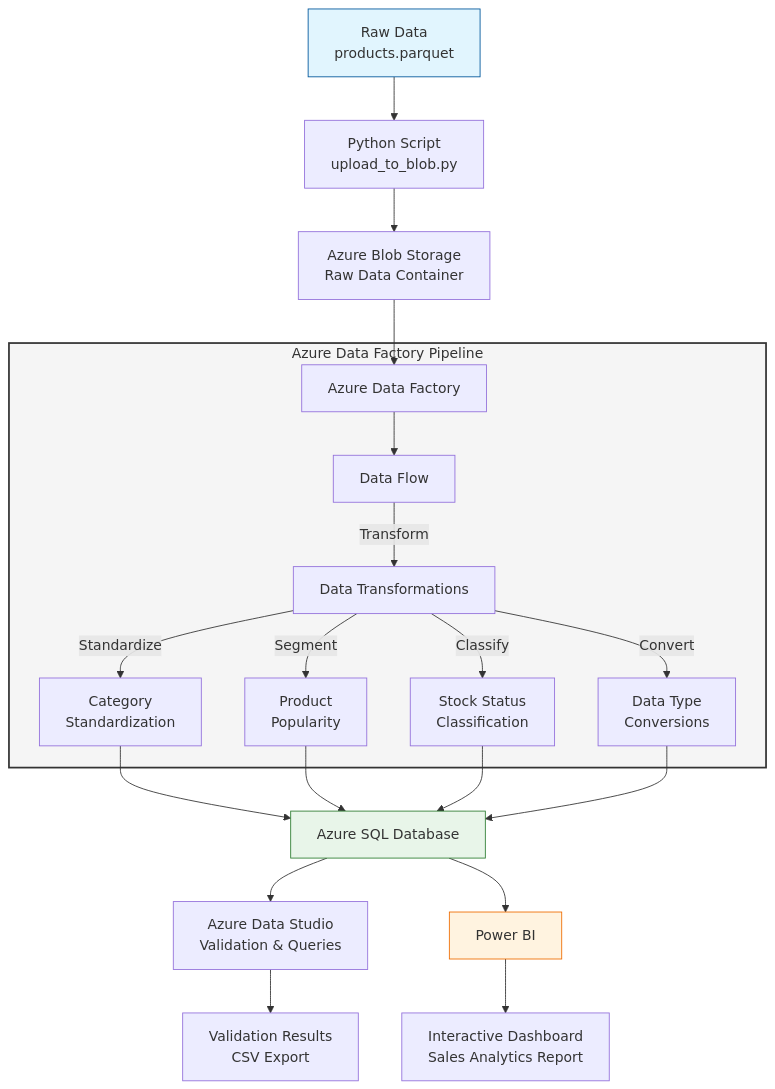
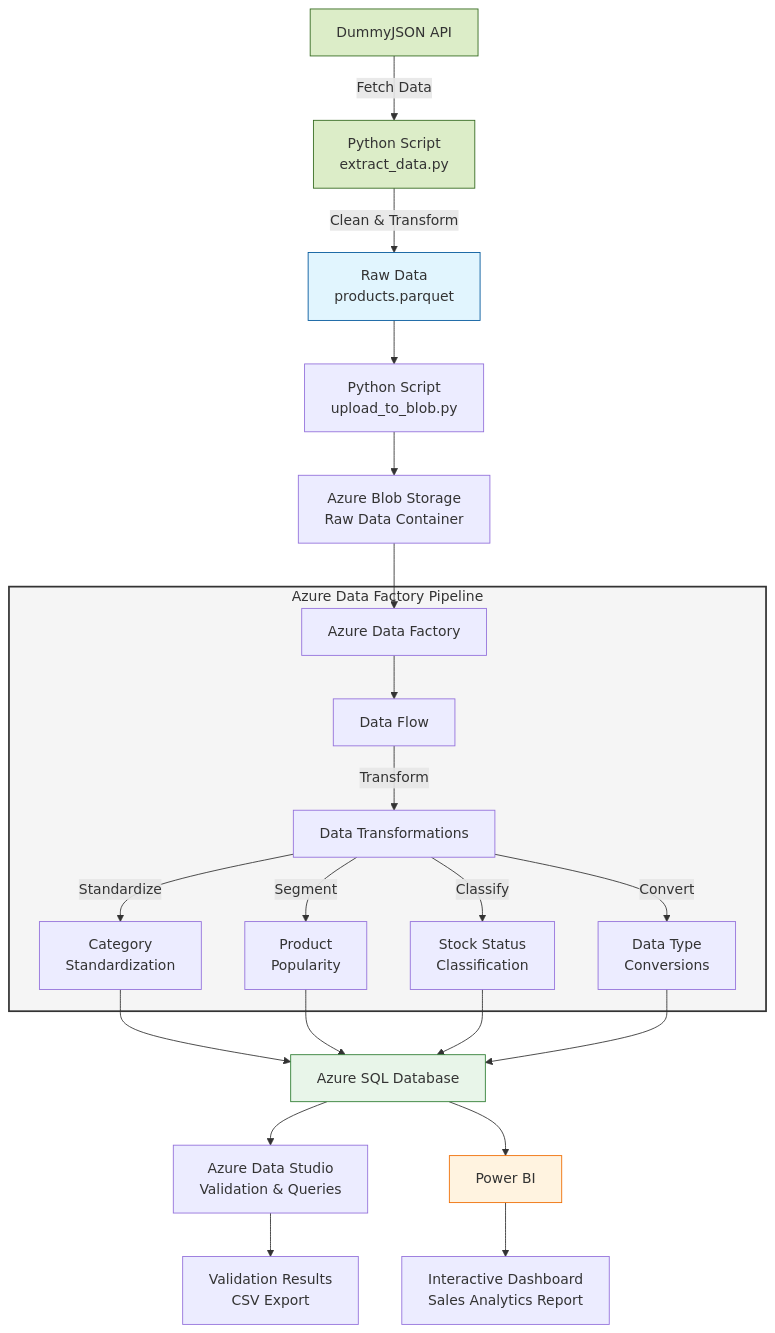
One commit to alexvidi/Azure-ETL-DataFactory-SQL-analytics changed the diagram in README.md. Above: the diagram before and after it, drawn with Mermaid.

Commit message:
Mermaid graph TD fixed

````diff
--- a/README.md
+++ b/README.md
@@ -26,28 +26,32 @@
 ```mermaid
 graph TD
-    A[Raw Data<br>products.parquet] --> B[Python Script<br>upload_to_blob.py]
+    API[DummyJSON API] -->|Fetch Data| EX[Python Script<br>extract_data.py]
+    EX -->|Clean & Transform| P[Raw Data<br>products.parquet]
+    P --> B[Python Script<br>upload_to_blob.py]
     B --> C[Azure Blob Storage<br>Raw Data Container]
     C --> D[Azure Data Factory]
     
     subgraph ADF[Azure Data Factory Pipeline]
         D --> E[Data Flow]
         E -->|Transform| F[Data Transformations]
         F -->|Standardize| F1[Category<br>Standardization]
         F -->|Segment| F2[Product<br>Popularity]
         F -->|Classify| F3[Stock Status<br>Classification]
         F -->|Convert| F4[Data Type<br>Conversions]
     end
     
     F1 & F2 & F3 & F4 --> G[Azure SQL Database]
     
     G --> H1[Azure Data Studio<br>Validation & Queries]
     G --> H2[Power BI]
     
     H1 --> I[Validation Results<br>CSV Export]
     H2 --> J[Interactive Dashboard<br>Sales Analytics Report]
     
     style ADF fill:#f5f5f5,stroke:#333,stroke-width:2px
-    style A fill:#e1f5fe,stroke:#01579b
+    style API fill:#dcedc8,stroke:#33691e
+    style EX fill:#dcedc8,stroke:#33691e
+    style P fill:#e1f5fe,stroke:#01579b
     style G fill:#e8f5e9,stroke:#2e7d32
     style H2 fill:#fff3e0,stroke:#ef6c00
 ```
````
